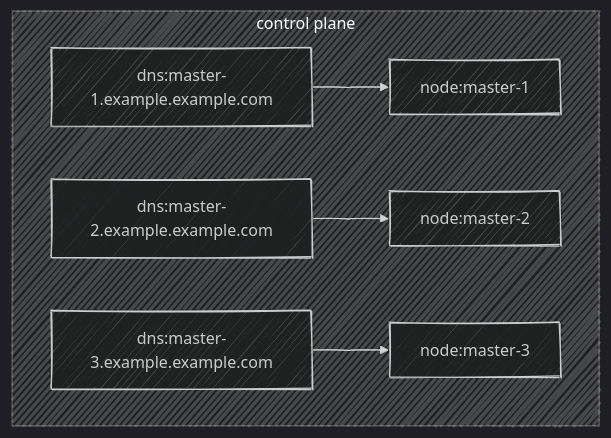
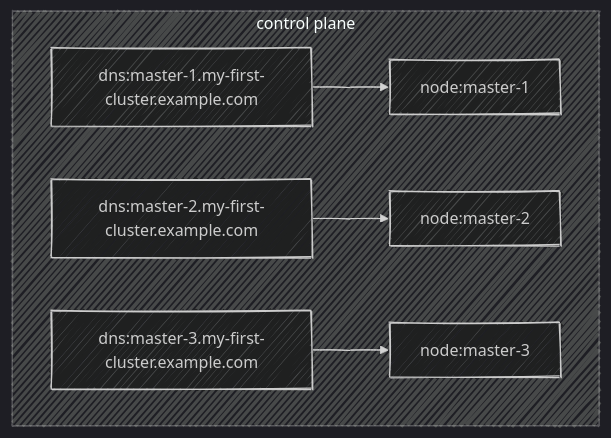
One commit to PRO-Robotech/in-cloud-docs changed the first of 2 diagrams in documentation/docs/tech-docs/kubernetes/flowcharts/topologyInfra.mdx. Above: the diagram before and after it, drawn with Mermaid. The commit also changed other lines of this file and 45 other files, not shown here.

````diff
--- a/documentation/docs/tech-docs/kubernetes/flowcharts/topologyInfra.mdx
+++ b/documentation/docs/tech-docs/kubernetes/flowcharts/topologyInfra.mdx
@@ -5,24 +5,24 @@
 ```mermaid
 ---
 config:
   look: handDrawn
   theme: dark
 ---
 
 flowchart TB
   master1[node:master-1]
   master2[node:master-2]
   master3[node:master-3]
 
-  dnsMaster1[dns:master-1.example.example.com]
-  dnsMaster2[dns:master-2.example.example.com]
-  dnsMaster3[dns:master-3.example.example.com]
+  dnsMaster1[dns:master-1.my-first-cluster.example.com]
+  dnsMaster2[dns:master-2.my-first-cluster.example.com]
+  dnsMaster3[dns:master-3.my-first-cluster.example.com]
 
 
 
   subgraph control plane
       dnsMaster1-->master1
       dnsMaster2-->master2
       dnsMaster3-->master3
    end
 ```
````
